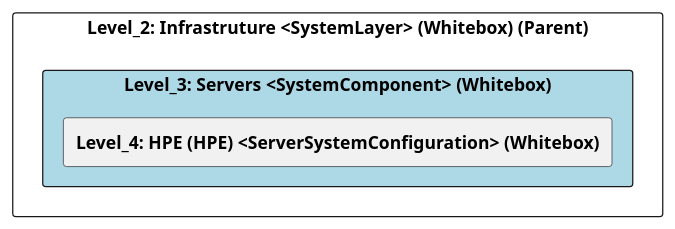
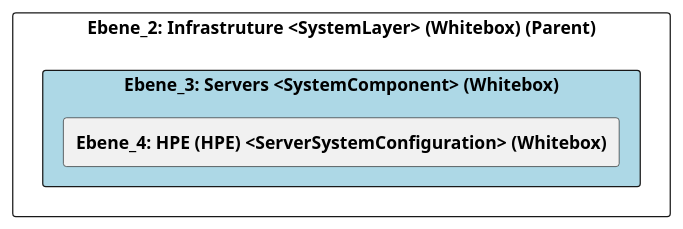
The diagram in src/cleon.architecturemethods.arc42.sample/doc/cleon_architecturemethods_arc42_sample_system/adoc/de/05_bausteinsicht/ikt/infrastruture/servers/ebene_3_servers.adoc (marcozwyssig/cleon), drawn with PlantUML before and after one commit. The commit also changed other lines of this file and 148 other files, not shown here.

```diff
--- a/src/cleon.architecturemethods.arc42.sample/doc/cleon_architecturemethods_arc42_sample_system/adoc/de/05_bausteinsicht/ikt/infrastruture/servers/ebene_3_servers.adoc
+++ b/src/cleon.architecturemethods.arc42.sample/doc/cleon_architecturemethods_arc42_sample_system/adoc/de/05_bausteinsicht/ikt/infrastruture/servers/ebene_3_servers.adoc
@@ -20,24 +20,24 @@
-[plantuml, Level_3: Servers <SystemComponent> (Whitebox)BlockOverview, format="svg"]
+[plantuml, Ebene_3: Servers <SystemComponent> (Whitebox)BlockOverview, format="svg"]
 ----
-@startuml Level_3: Servers <SystemComponent> (Whitebox)BuildingBlockOverview
+@startuml Ebene_3: Servers <SystemComponent> (Whitebox)BuildingBlockOverview
 
 skinparam ranksep 10
 skinparam componentStyle rectangle
 skinparam shadowing false
 skinparam arrowColor lightblue
 skinparam arrowThickness 1.2
 skinparam rectangle {
   BackgroundColor White
   BorderColor #333
   RoundCorner 10
 }
 top to bottom direction
 
-component "Level_2: Infrastruture <SystemLayer> (Whitebox) (Parent)" {
-    component "Level_3: Servers <SystemComponent> (Whitebox)" #lightblue {
-        [**Level_4: HPE (HPE) <ServerSystemConfiguration> (Whitebox)**] as B582462C_BEE0_11EF_B498_058EE446F8E7
+component "Ebene_2: Infrastruture <SystemLayer> (Whitebox) (Parent)" {
+    component "Ebene_3: Servers <SystemComponent> (Whitebox)" #lightblue {
+        [**Ebene_4: HPE (HPE) <ServerSystemConfiguration> (Whitebox)**] as B582462C_BEE0_11EF_B498_058EE446F8E7
     }
 }
 
 @enduml
 ----
```
